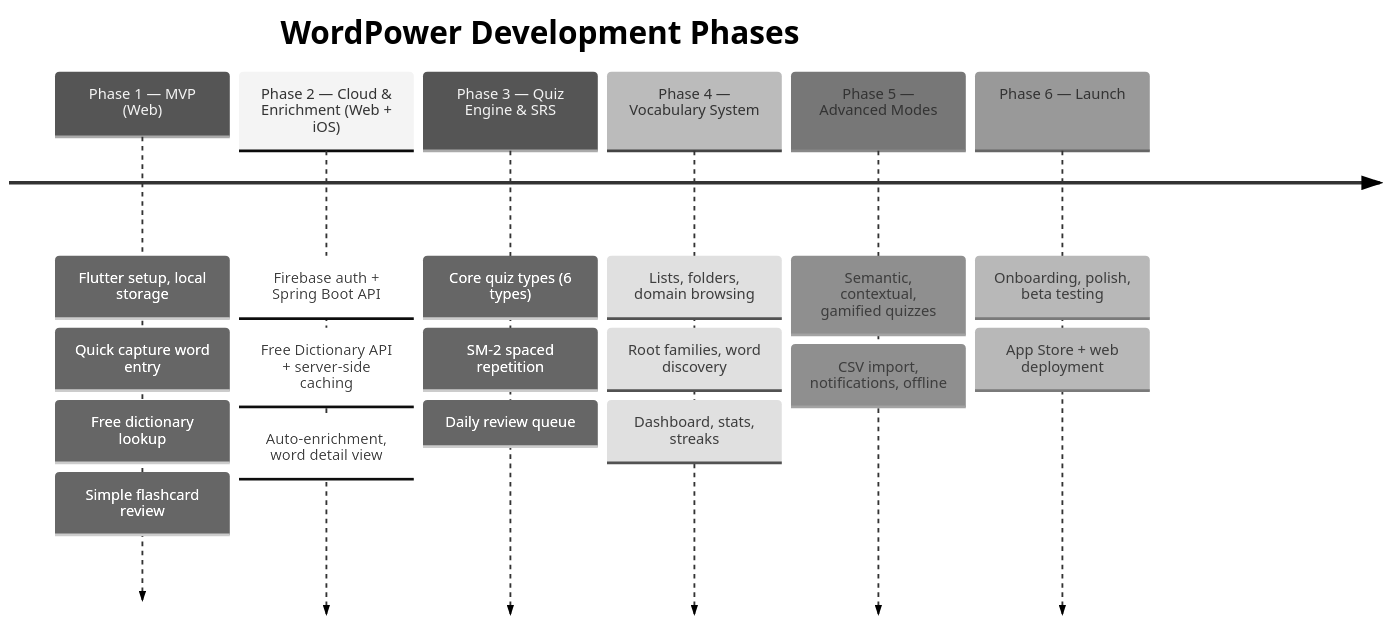
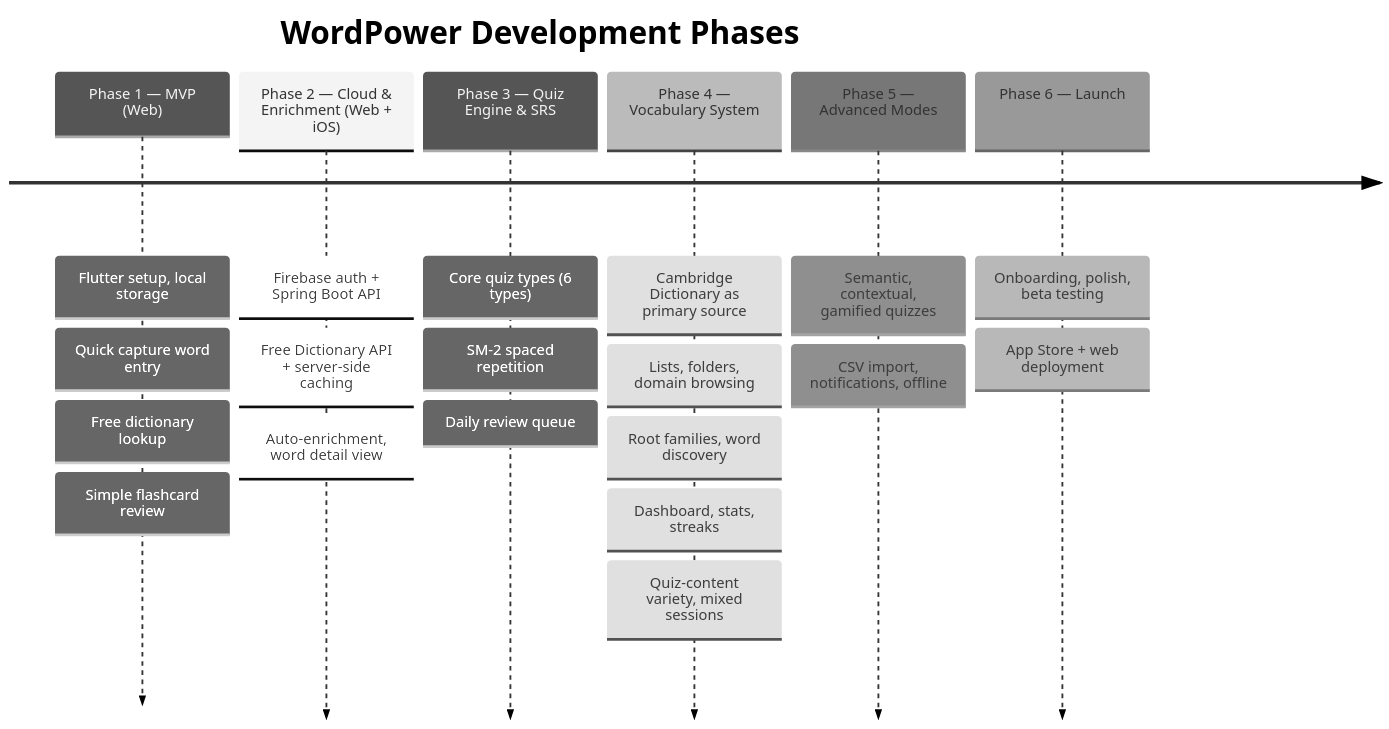
One commit to AnunnakiCosmoCrew/WordPower-docs changed the seventh of 7 diagrams in docs/product/PROJECT.md. Above: the diagram before and after it, drawn with Mermaid (neutral theme). The commit also changed other lines of this file, not shown here.

Commit message:
Sync Phase 4 deliverables: add Cambridge + quiz-content variety, align naming
PROJECT.md Phase 4 was missing the largest in-flight Phase 4 work
stream (Cambridge multi-source dictionary, epic #350 + 6 sub-issues,
~23 points) and the quiz-content variety improvements documented in
QUIZ_ENGINE.md §10 (definition-sense rotation, FITB stem rotation).

Changes:
- Add Cambridge as the lead Phase 4 deliverable with epic link.
- Add Quiz-content variety row covering definition-sense rotation
  + FITB stem rotation, both grouped under the encoding-specificity
  rationale.
- Rename "Smart candidate ordering for ad-hoc quizzes" to
  "Least-recently-quizzed candidate ordering" to match QUIZ_ENGINE.md.
- Update timeline mermaid to include Cambridge + Quiz-content variety.

````diff
--- a/docs/product/PROJECT.md
+++ b/docs/product/PROJECT.md
@@ -741,21 +743,23 @@
 ```mermaid
 timeline
     title WordPower Development Phases
     Phase 1 — MVP (Web) : Flutter setup, local storage
                         : Quick capture word entry
                         : Free dictionary lookup
                         : Simple flashcard review
     Phase 2 — Cloud & Enrichment (Web + iOS) : Firebase auth + Spring Boot API
                                               : Free Dictionary API + server-side caching
                                               : Auto-enrichment, word detail view
     Phase 3 — Quiz Engine & SRS : Core quiz types (6 types)
                                 : SM-2 spaced repetition
                                 : Daily review queue
-    Phase 4 — Vocabulary System : Lists, folders, domain browsing
+    Phase 4 — Vocabulary System : Cambridge Dictionary as primary source
+                                : Lists, folders, domain browsing
                                 : Root families, word discovery
                                 : Dashboard, stats, streaks
+                                : Quiz-content variety, mixed sessions
     Phase 5 — Advanced Modes : Semantic, contextual, gamified quizzes
                               : CSV import, notifications, offline
     Phase 6 — Launch : Onboarding, polish, beta testing
                      : App Store + web deployment
 ```
````
